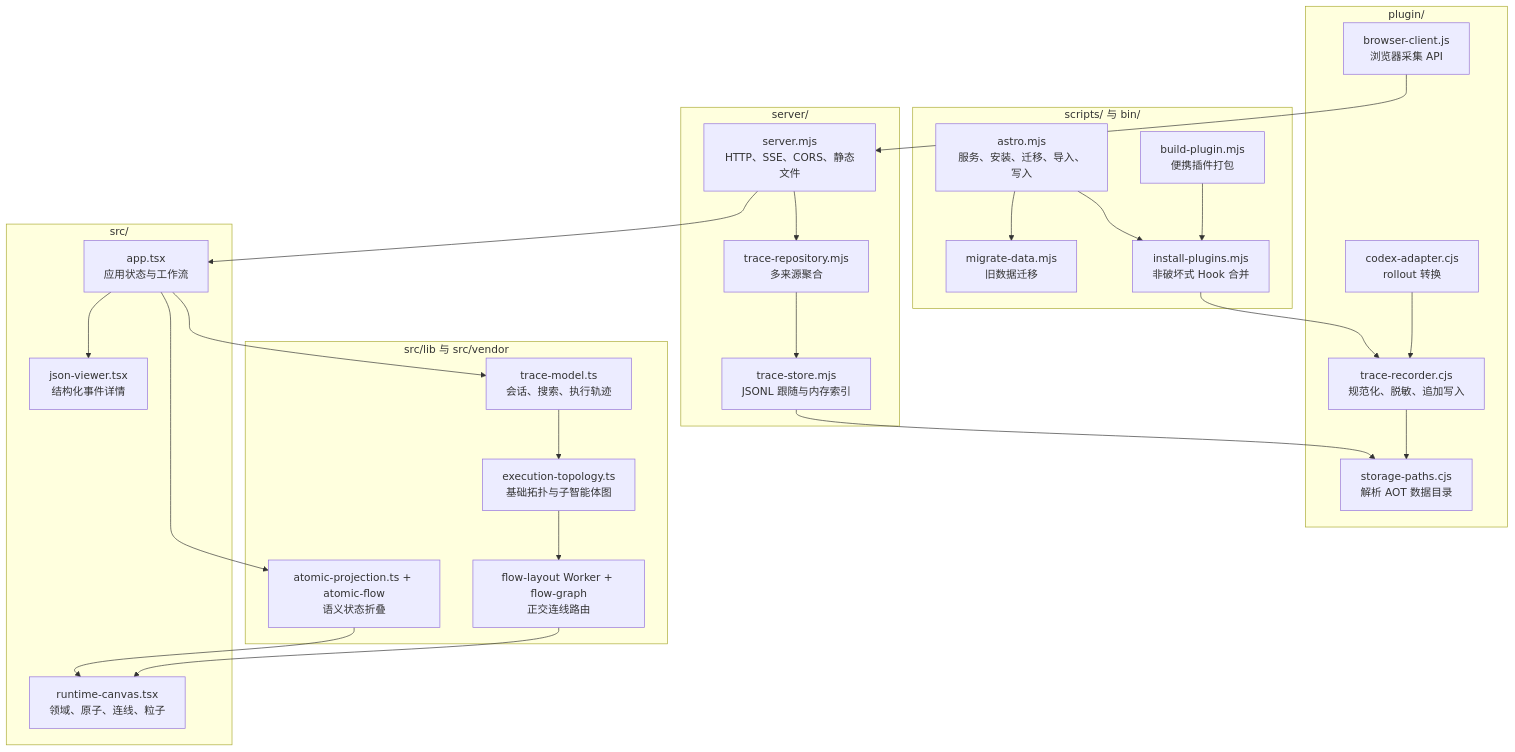
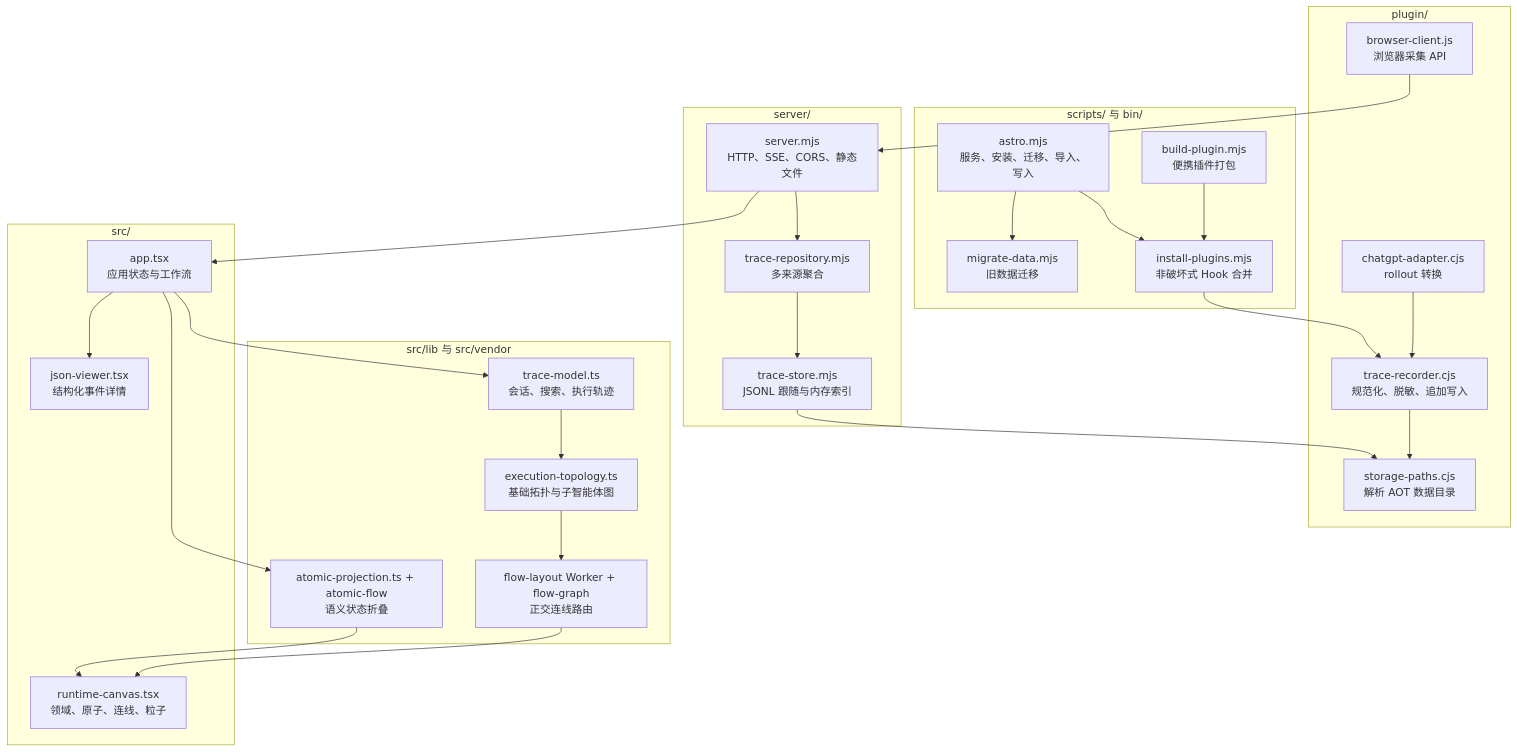
One commit to chaos-design/astro changed the second of 5 diagrams in README-zh.md. Above: the diagram before and after it, drawn with Mermaid. The commit also changed other lines of this file and 104 other files, not shown here.

````diff
--- a/README-zh.md
+++ b/README-zh.md
@@ -549,52 +549,52 @@
 ```mermaid
 flowchart TB
   subgraph Plugin["plugin/"]
     TR["trace-recorder.cjs<br/>规范化、脱敏、追加写入"]
     SP["storage-paths.cjs<br/>解析 AOT 数据目录"]
-    CA["codex-adapter.cjs<br/>rollout 转换"]
+    CA["chatgpt-adapter.cjs<br/>rollout 转换"]
     BC["browser-client.js<br/>浏览器采集 API"]
   end
 
   subgraph Scripts["scripts/ 与 bin/"]
     CLI["astro.mjs<br/>服务、安装、迁移、导入、写入"]
     Install["install-plugins.mjs<br/>非破坏式 Hook 合并"]
     Migrate["migrate-data.mjs<br/>旧数据迁移"]
     Pack["build-plugin.mjs<br/>便携插件打包"]
   end
 
   subgraph Server["server/"]
     HTTP["server.mjs<br/>HTTP、SSE、CORS、静态文件"]
     Repo["trace-repository.mjs<br/>多来源聚合"]
     Store["trace-store.mjs<br/>JSONL 跟随与内存索引"]
   end
 
   subgraph Domain["src/lib 与 src/vendor"]
     Model["trace-model.ts<br/>会话、搜索、执行轨迹"]
     Topology["execution-topology.ts<br/>基础拓扑与子智能体图"]
     Atomic["atomic-projection.ts + atomic-flow<br/>语义状态折叠"]
     Router["flow-layout Worker + flow-graph<br/>正交连线路由"]
   end
 
   subgraph Presentation["src/"]
     App["app.tsx<br/>应用状态与工作流"]
     Canvas["runtime-canvas.tsx<br/>领域、原子、连线、粒子"]
     Inspector["json-viewer.tsx<br/>结构化事件详情"]
   end
 
   CLI --> Install
   CLI --> Migrate
   Install --> TR
   CA --> TR
   BC --> HTTP
   TR --> SP
   HTTP --> Repo --> Store
   Store --> SP
   HTTP --> App
   App --> Model
   Model --> Topology
   App --> Atomic
   Topology --> Router --> Canvas
   Atomic --> Canvas
   App --> Inspector
   Pack --> Install
 ```
````
